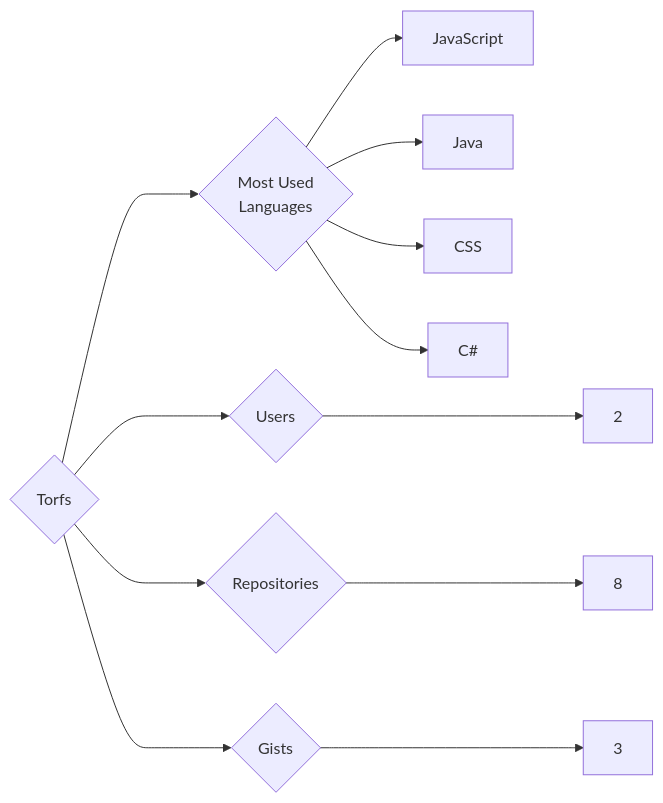
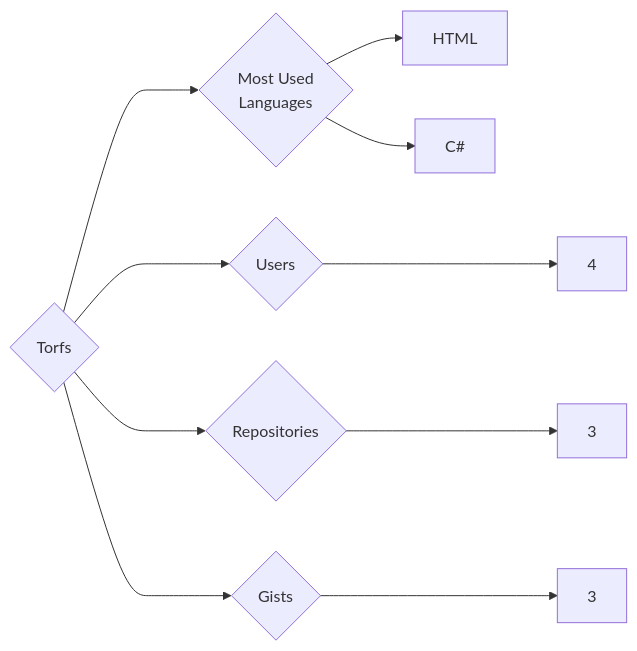
One commit to trickest/insiders changed the diagram in targets/Torfs/README.md. Above: the diagram before and after it, drawn with Mermaid. The commit also changed 895 other files, not shown here.

````diff
--- a/targets/Torfs/README.md
+++ b/targets/Torfs/README.md
@@ -3,12 +3,10 @@
 ```mermaid
 graph LR
 COMPANY_NAME{Torfs}
-COMPANY_NAME ---> U{Users} ---> UN[2]
-COMPANY_NAME ---> R{Repositories} ---> RN[8]
+COMPANY_NAME ---> U{Users} ---> UN[4]
+COMPANY_NAME ---> R{Repositories} ---> RN[3]
 COMPANY_NAME ---> G{Gists} ---> GN[3]
 COMPANY_NAME ---> ML{Most Used<br>Languages}
-ML --> JavaScript[JavaScript]
-ML --> Java[Java]
-ML --> CSS[CSS]
+ML --> HTML[HTML]
 ML --> C#[C#]
 ```
````
